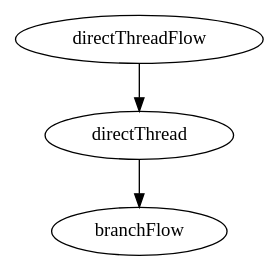
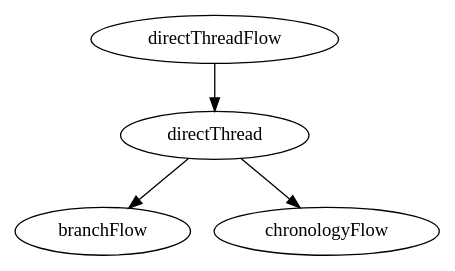
The diagram in feature/chat-direct-thread/routing/src/main/way/direct_thread_flow.dot (DeveloperPalmer/clarify-android), drawn with Graphviz before and after one commit. The commit also changed 35 other files, not shown here.

First line of the commit message:
[chronology] Add feature module skeleton and entry from chat

```diff
--- a/feature/chat-direct-thread/routing/src/main/way/direct_thread_flow.dot
+++ b/feature/chat-direct-thread/routing/src/main/way/direct_thread_flow.dot
@@ -1,17 +1,25 @@
 digraph DirectThreadFlow {
   package = "ru.sla.clarify.feature.chat.direct.thread.routing"
 
   directThreadFlow [
     type = "flow"
     parameterName = "params"
     parameterType = "ru.sla.clarify.feature.chat.direct.thread.domain.entity.TargetParams"
   ]
 
   branchFlow [
     type = "schema"
     parameterName = "params"
     parameterType = "ru.sla.clarify.feature.chat.branch.domain.entity.TargetParams"
   ]
 
-  directThreadFlow -> directThread -> branchFlow
+  chronologyFlow [
+    type = "schema"
+    parameterName = "params"
+    parameterType = "ru.sla.clarify.feature.chronology.domain.entity.TargetParams"
+  ]
+
+  directThreadFlow -> directThread
+  directThread -> branchFlow
+  directThread -> chronologyFlow
 }
```
